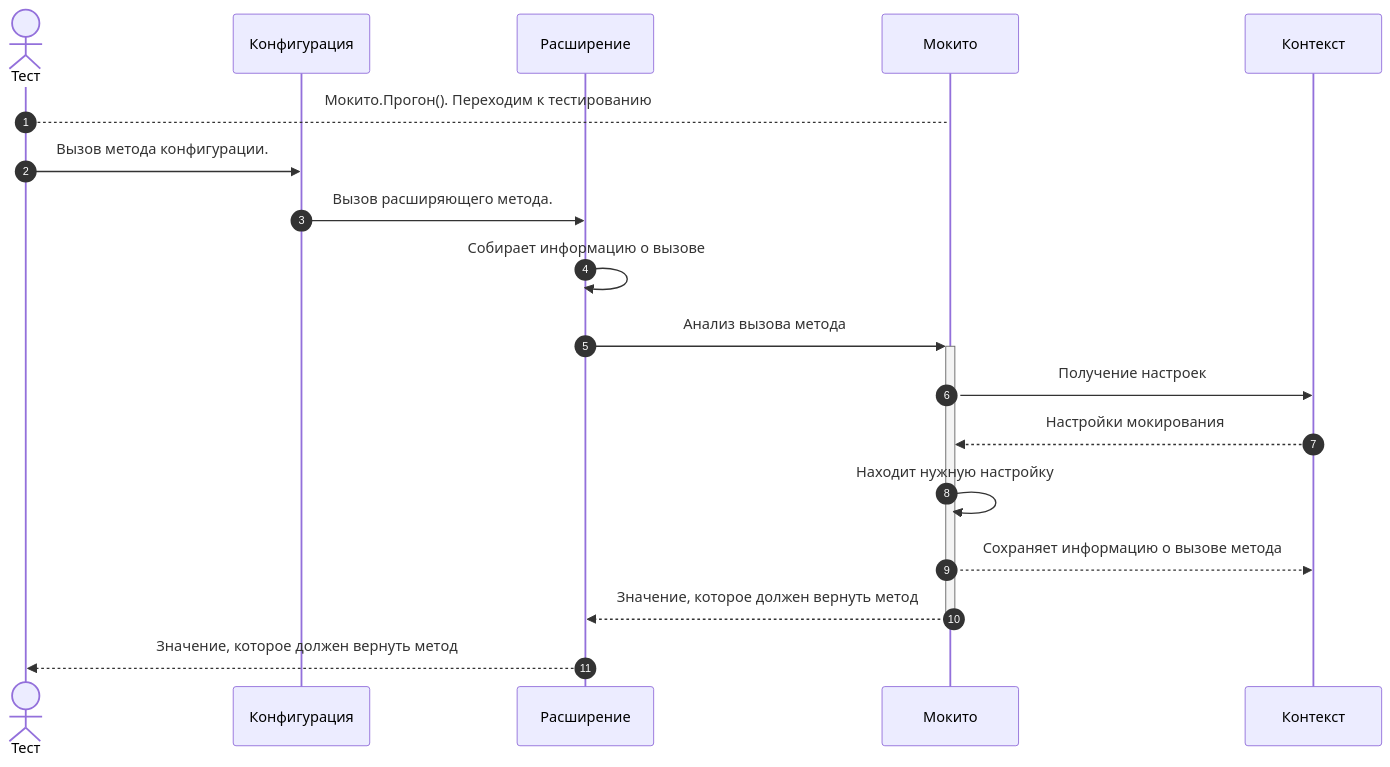
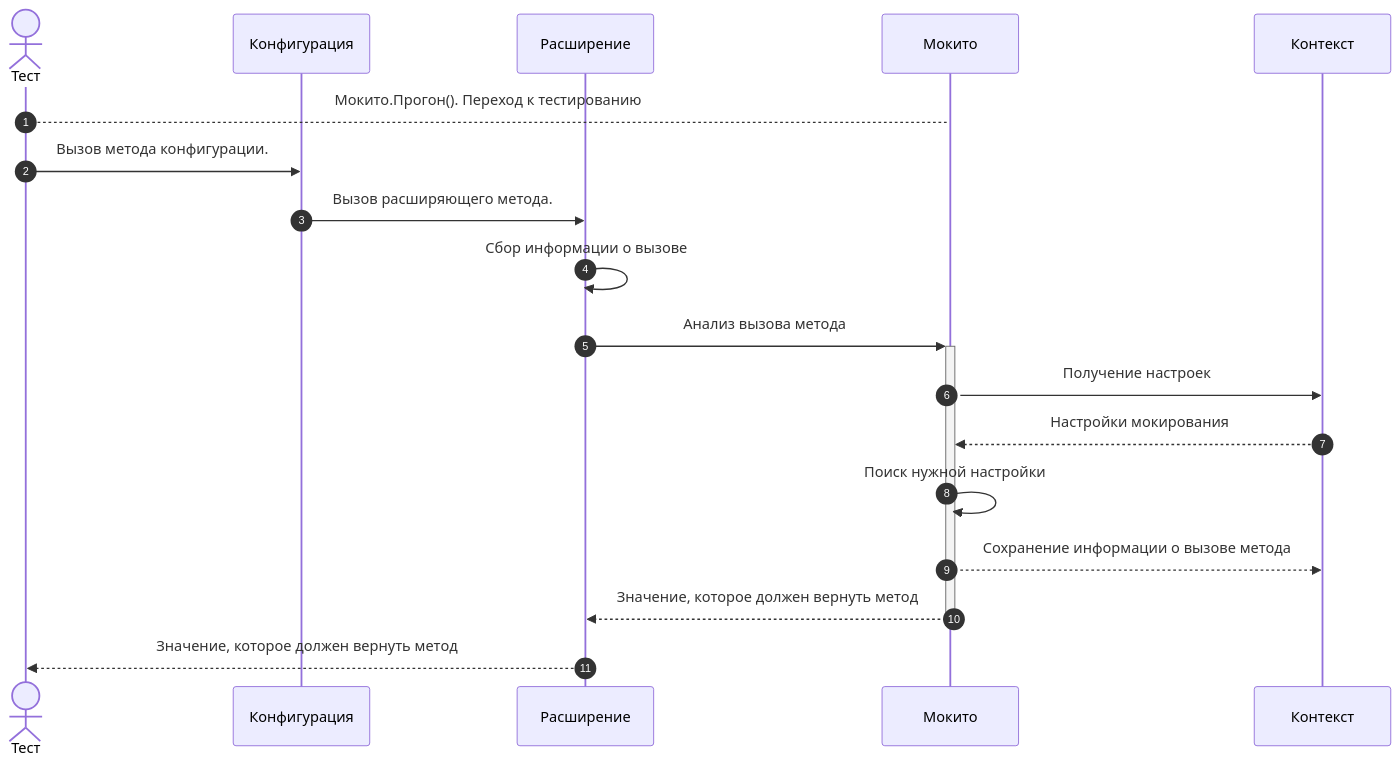
The second of 2 diagrams in documentation/docs/features/mocking/mockito/how-to.md (bia-technologies/yaxunit), drawn with Mermaid before and after one commit. The commit also changed other lines of this file and 1 other file, not shown here.

Commit message:
doc: принципы работы мокито

````diff
--- a/documentation/docs/features/mocking/mockito/how-to.md
+++ b/documentation/docs/features/mocking/mockito/how-to.md
@@ -135,20 +278,20 @@
 ```mermaid
 sequenceDiagram
     autonumber
     actor Тест
     participant Конфигурация
     participant Расширение
     participant Мокито
     participant Контекст
-    Тест-->Мокито: Мокито.Прогон(). Переходим к тестированию
+    Тест-->Мокито: Мокито.Прогон(). Переход к тестированию
     Тест->>Конфигурация: Вызов метода конфигурации.
     Конфигурация->>Расширение: Вызов расширяющего метода.
-    Расширение->>Расширение: Собирает информацию о вызове
+    Расширение->>Расширение: Сбор информации о вызове
     Расширение->>+Мокито: Анализ вызова метода
     Мокито->>Контекст: Получение настроек
     Контекст-->>Мокито: Настройки мокирования
-    Мокито->>Мокито: Находит нужную настройку
-    Мокито-->>Контекст: Сохраняет информацию о вызове метода
+    Мокито->>Мокито: Поиск нужной настройки
+    Мокито-->>Контекст: Сохранение информации о вызове метода
     Мокито-->>-Расширение: Значение, которое должен вернуть метод
     Расширение-->>Тест: Значение, которое должен вернуть метод
 ```
````
